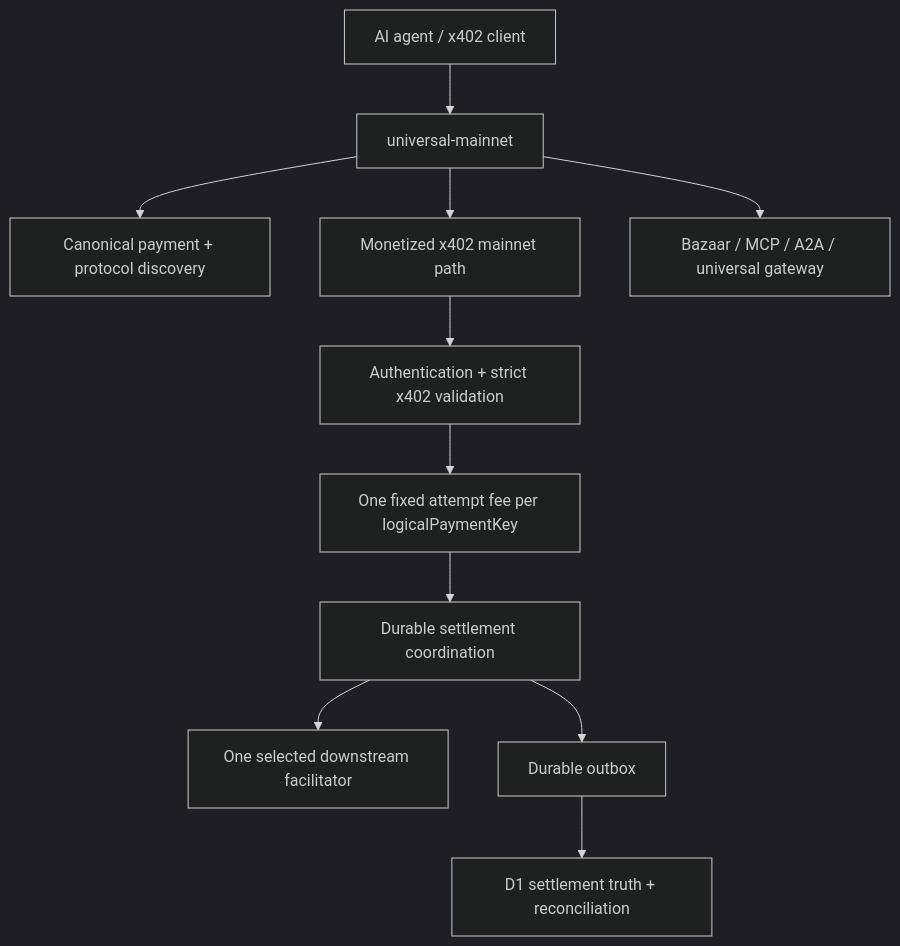
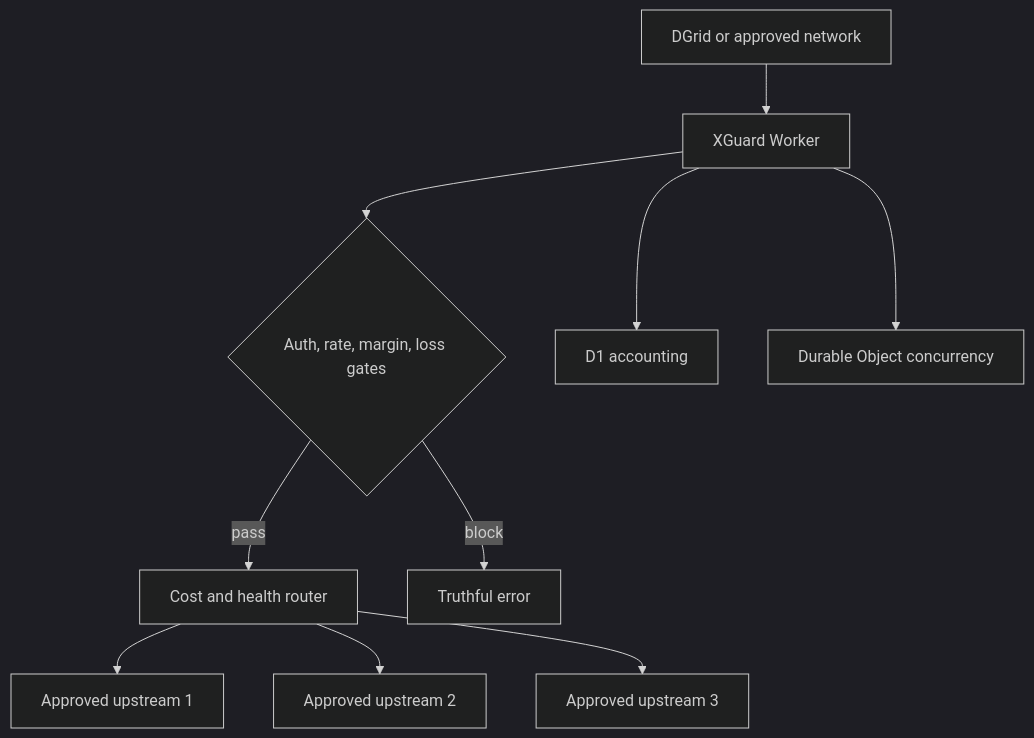
The diagram in ARCHITECTURE.md (moelayyan90/XGuard), drawn with Mermaid (dark theme) before and after one commit. The commit also changed other lines of this file and 33 other files, not shown here.

````diff
--- a/ARCHITECTURE.md
+++ b/ARCHITECTURE.md
@@ -5,13 +5,12 @@
 ```mermaid
 flowchart TD
-  A["AI agent / x402 client"] --> U["universal-mainnet"]
-  U --> P["Canonical payment + protocol discovery"]
-  U --> M["Monetized x402 mainnet path"]
-  M --> V["Authentication + strict x402 validation"]
-  V --> FEE["One fixed attempt fee per logicalPaymentKey"]
-  FEE --> D["Durable settlement coordination"]
-  D --> F["One selected downstream facilitator"]
-  D --> O["Durable outbox"]
-  O --> L["D1 settlement truth + reconciliation"]
-  U --> B["Bazaar / MCP / A2A / universal gateway"]
+  N["DGrid or approved network"] --> W["XGuard Worker"]
+  W --> G{"Auth, rate, margin, loss gates"}
+  G -->|pass| R["Cost and health router"]
+  G -->|block| E["Truthful error"]
+  R --> U1["Approved upstream 1"]
+  R --> U2["Approved upstream 2"]
+  R --> U3["Approved upstream 3"]
+  W --> D["D1 accounting"]
+  W --> O["Durable Object concurrency"]
 ```
````
